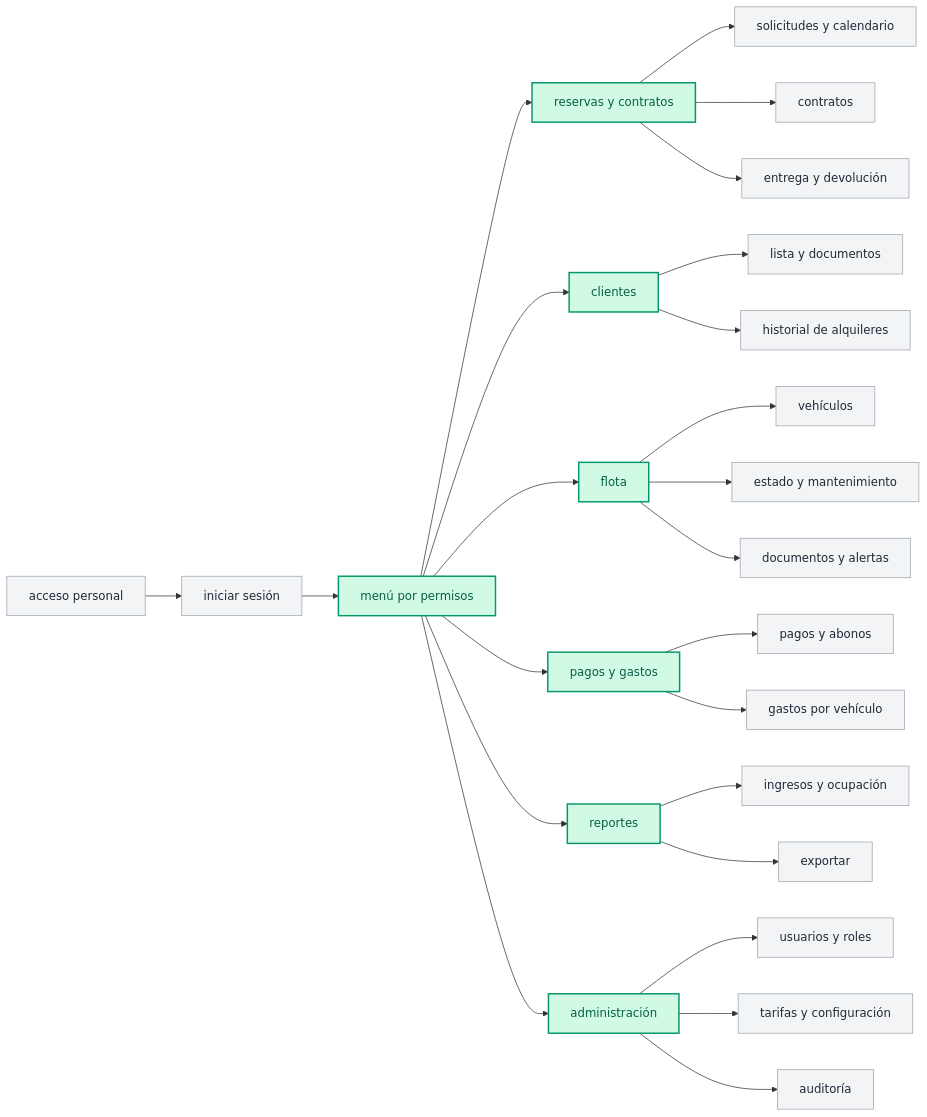
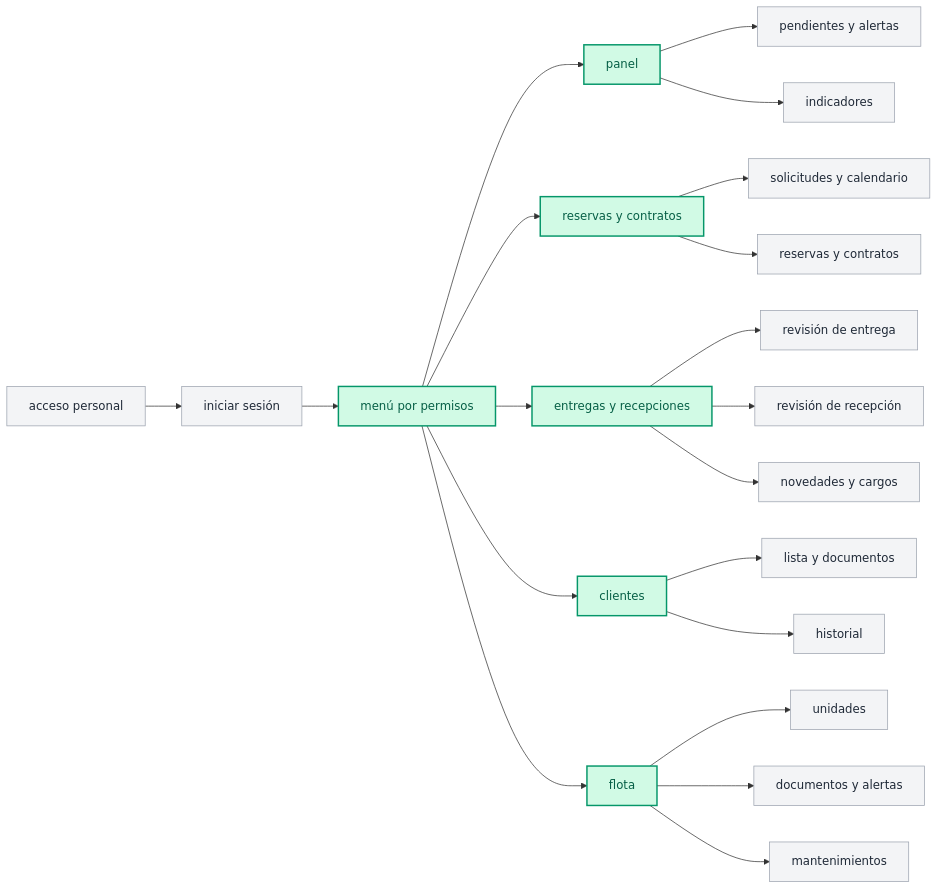
Diagram 12 of 16 in docs/user-flows.md (SantiagoPrada2005/flotax), drawn with Mermaid before and after one commit. The commit also changed other lines of this file and 72 other files, not shown here.

````diff
--- a/docs/user-flows.md
+++ b/docs/user-flows.md
@@ -211,41 +546,35 @@
 ```mermaid
 graph LR
     classDef mainScreen fill:#d1fae5,stroke:#059669,stroke-width:2px,color:#065f46;
     classDef subScreen fill:#f3f4f6,stroke:#9ca3af,stroke-width:1px,color:#1f2937;
 
     acceso_personal["acceso personal"]:::subScreen --> iniciar_sesion["iniciar sesión"]:::subScreen
     iniciar_sesion --> menu_permisos["menú por permisos"]:::mainScreen
 
-    %% 1. Reservas y contratos
+    %% 1. Panel
+    menu_permisos --> mod_panel["panel"]:::mainScreen
+    mod_panel --> pan_alertas["pendientes y alertas"]:::subScreen
+    mod_panel --> pan_ind["indicadores"]:::subScreen
+
+    %% 2. Reservas y contratos
     menu_permisos --> mod_reservas["reservas y contratos"]:::mainScreen
-    mod_reservas --> res_solicitudes["solicitudes y calendario"]:::subScreen
-    mod_reservas --> res_contratos["contratos"]:::subScreen
-    mod_reservas --> res_entrega["entrega y devolución"]:::subScreen
+    mod_reservas --> res_sol["solicitudes y calendario"]:::subScreen
+    mod_reservas --> res_con["reservas y contratos"]:::subScreen
 
-    %% 2. Clientes
+    %% 3. Entregas y recepciones
+    menu_permisos --> mod_oper["entregas y recepciones"]:::mainScreen
+    mod_oper --> op_ent["revisión de entrega"]:::subScreen
+    mod_oper --> op_rec["revisión de recepción"]:::subScreen
+    mod_oper --> op_nov["novedades y cargos"]:::subScreen
+
+    %% 4. Clientes
     menu_permisos --> mod_clientes["clientes"]:::mainScreen
-    mod_clientes --> cli_lista["lista y documentos"]:::subScreen
-    mod_clientes --> cli_historial["historial de alquileres"]:::subScreen
+    mod_clientes --> cli_doc["lista y documentos"]:::subScreen
+    mod_clientes --> cli_hist["historial"]:::subScreen
 
-    %% 3. Flota
+    %% 5. Flota
     menu_permisos --> mod_flota["flota"]:::mainScreen
-    mod_flota --> flo_vehiculos["vehículos"]:::subScreen
-    mod_flota --> flo_mantenimiento["estado y mantenimiento"]:::subScreen
-    mod_flota --> flo_alertas["documentos y alertas"]:::subScreen
-
-    %% 4. Pagos y gastos
-    menu_permisos --> mod_pagos["pagos y gastos"]:::mainScreen
-    mod_pagos --> pag_abonos["pagos y abonos"]:::subScreen
-    mod_pagos --> pag_gastos["gastos por vehículo"]:::subScreen
-
-    %% 5. Reportes
-    menu_permisos --> mod_reportes["reportes"]:::mainScreen
-    mod_reportes --> rep_ingresos["ingresos y ocupación"]:::subScreen
-    mod_reportes --> rep_exportar["exportar"]:::subScreen
-
-    %% 6. Administración
-    menu_permisos --> mod_admin["administración"]:::mainScreen
-    mod_admin --> adm_roles["usuarios y roles"]:::subScreen
-    mod_admin --> adm_tarifas["tarifas y configuración"]:::subScreen
-    mod_admin --> adm_auditoria["auditoría"]:::subScreen
+    mod_flota --> flo_uni["unidades"]:::subScreen
+    mod_flota --> flo_doc["documentos y alertas"]:::subScreen
+    mod_flota --> flo_man["mantenimientos"]:::subScreen
 ```
````
